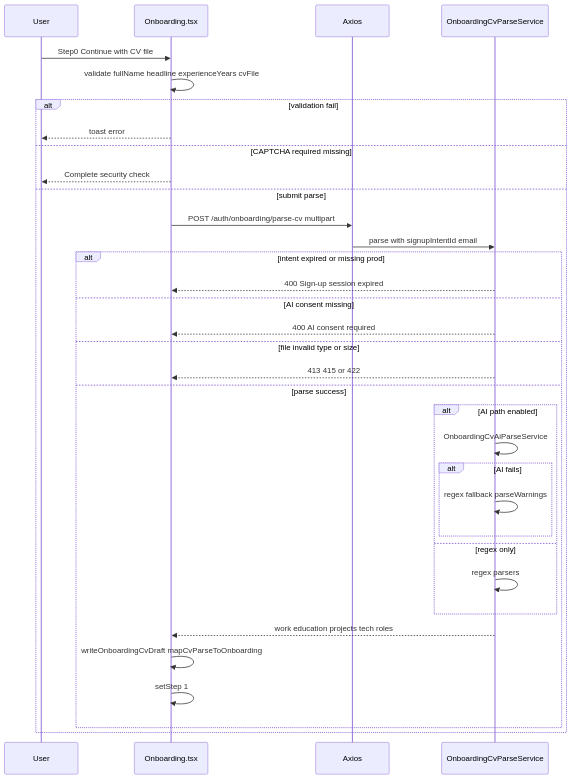
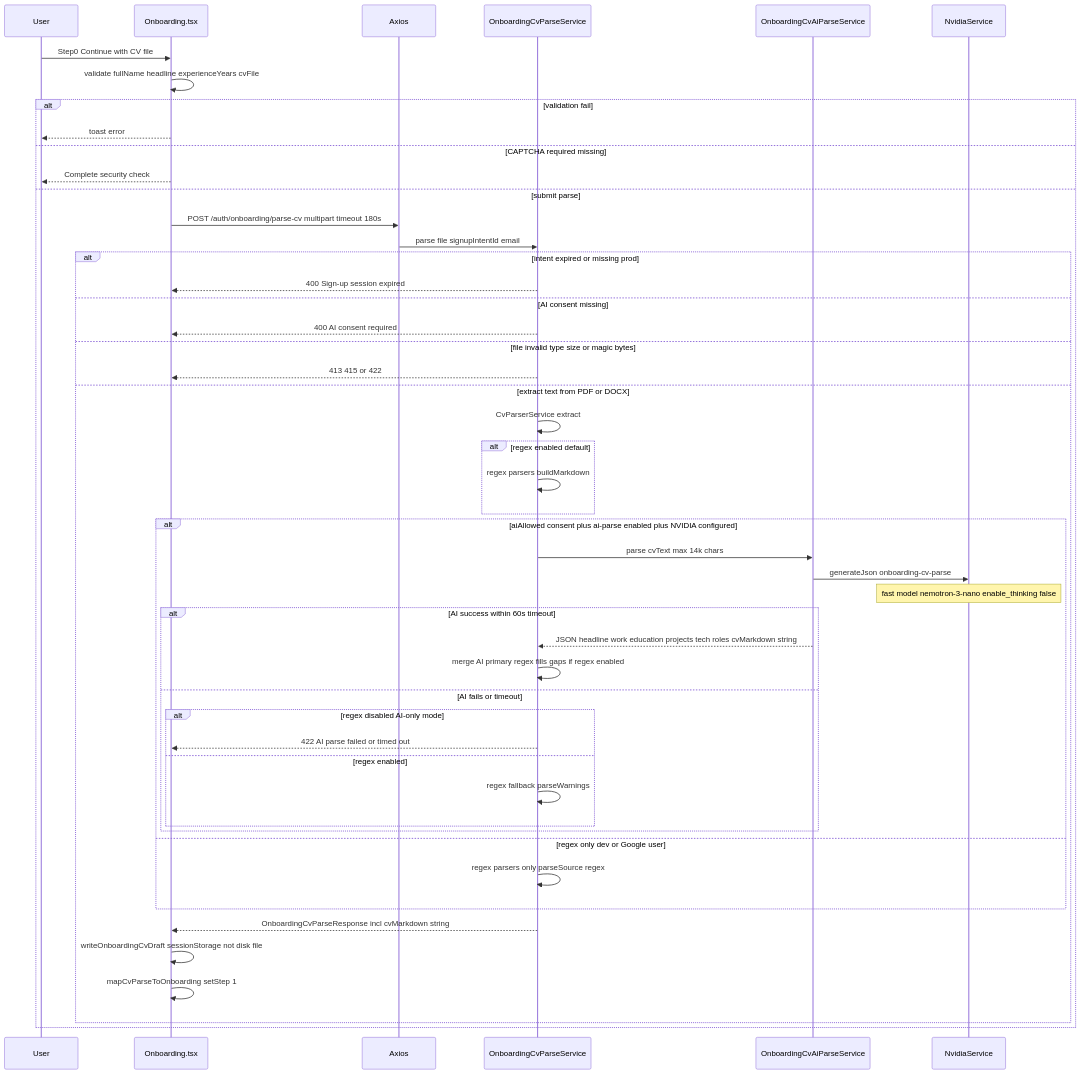
One commit to yugandharreddybana/NewCareers changed the diagram in pagesflow/signup-onboarding/diagrams/onboarding-phase1-cv-parse.mmd. Above: the diagram before and after it, drawn with Mermaid. The commit also changed 24 other files, not shown here.

First line of the commit message:
fix: onboarding CV AI parse and refresh signup pipeline docs

```diff
--- a/pagesflow/signup-onboarding/diagrams/onboarding-phase1-cv-parse.mmd
+++ b/pagesflow/signup-onboarding/diagrams/onboarding-phase1-cv-parse.mmd
@@ -1,35 +1,50 @@
 sequenceDiagram
     participant User
     participant Onb as Onboarding.tsx
     participant Axios
     participant Java as OnboardingCvParseService
+    participant AI as OnboardingCvAiParseService
+    participant Nvidia as NvidiaService
 
     User->>Onb: Step0 Continue with CV file
     Onb->>Onb: validate fullName headline experienceYears cvFile
     alt validation fail
         Onb-->>User: toast error
     else CAPTCHA required missing
         Onb-->>User: Complete security check
     else submit parse
-        Onb->>Axios: POST /auth/onboarding/parse-cv multipart
-        Axios->>Java: parse with signupIntentId email
+        Onb->>Axios: POST /auth/onboarding/parse-cv multipart timeout 180s
+        Axios->>Java: parse file signupIntentId email
         alt intent expired or missing prod
             Java-->>Onb: 400 Sign-up session expired
         else AI consent missing
             Java-->>Onb: 400 AI consent required
-        else file invalid type or size
+        else file invalid type size or magic bytes
             Java-->>Onb: 413 415 or 422
-        else parse success
-            alt AI path enabled
-                Java->>Java: OnboardingCvAiParseService
-                alt AI fails
-                    Java->>Java: regex fallback parseWarnings
+        else extract text from PDF or DOCX
+            Java->>Java: CvParserService extract
+            alt regex enabled default
+                Java->>Java: regex parsers buildMarkdown
+            end
+            alt aiAllowed consent plus ai-parse enabled plus NVIDIA configured
+                Java->>AI: parse cvText max 14k chars
+                AI->>Nvidia: generateJson onboarding-cv-parse
+                Note over Nvidia: fast model nemotron-3-nano enable_thinking false
+                alt AI success within 60s timeout
+                    AI-->>Java: JSON headline work education projects tech roles cvMarkdown string
+                    Java->>Java: merge AI primary regex fills gaps if regex enabled
+                else AI fails or timeout
+                    alt regex disabled AI-only mode
+                        Java-->>Onb: 422 AI parse failed or timed out
+                    else regex enabled
+                        Java->>Java: regex fallback parseWarnings
+                    end
                 end
-            else regex only
-                Java->>Java: regex parsers
+            else regex only dev or Google user
+                Java->>Java: regex parsers only parseSource regex
             end
-            Java-->>Onb: work education projects tech roles
-            Onb->>Onb: writeOnboardingCvDraft mapCvParseToOnboarding
-            Onb->>Onb: setStep 1
+            Java-->>Onb: OnboardingCvParseResponse incl cvMarkdown string
+            Onb->>Onb: writeOnboardingCvDraft sessionStorage not disk file
+            Onb->>Onb: mapCvParseToOnboarding setStep 1
         end
     end
```
